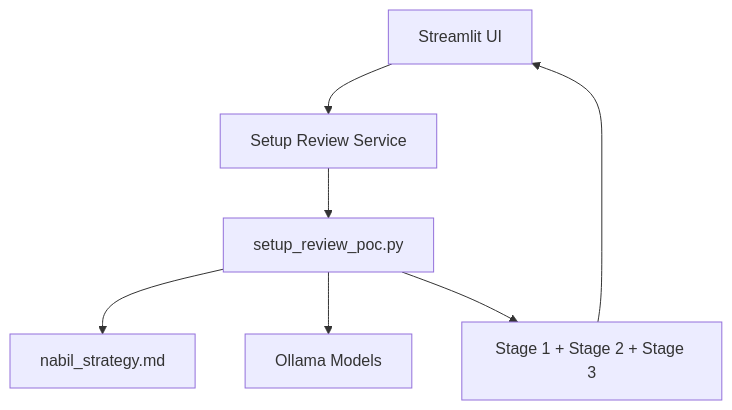
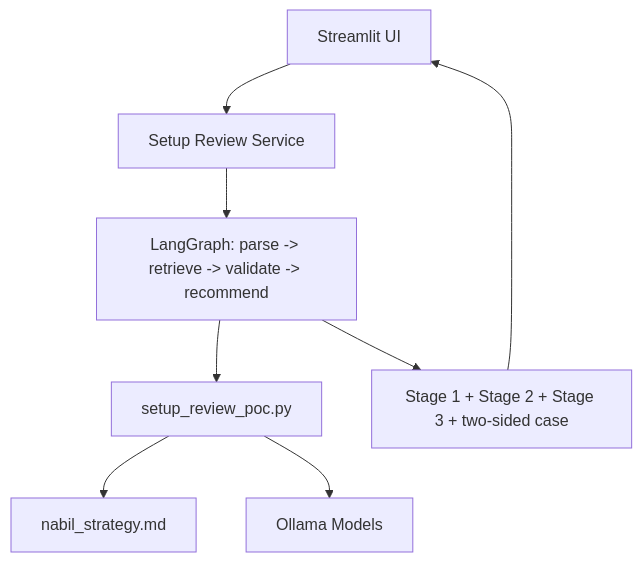
The diagram in docs/app_documentation.md (Walid-eng-cyber/confluence), drawn with Mermaid before and after one commit. The commit also changed other lines of this file and 6 other files, not shown here.

First line of the commit message:
Wrap Setup Review in a LangGraph graph and add the two-sided case

````diff
--- a/docs/app_documentation.md
+++ b/docs/app_documentation.md
@@ -38,9 +38,10 @@
 ```mermaid
 flowchart TD
     UI[Streamlit UI] --> SVC[Setup Review Service]
-    SVC --> POC[setup_review_poc.py]
+    SVC --> GRAPH[LangGraph: parse -> retrieve -> validate -> recommend]
+    GRAPH --> POC[setup_review_poc.py]
     POC --> STRAT[nabil_strategy.md]
     POC --> OLLAMA[Ollama Models]
-    POC --> OUT[Stage 1 + Stage 2 + Stage 3]
+    GRAPH --> OUT[Stage 1 + Stage 2 + Stage 3 + two-sided case]
     OUT --> UI
 ```
````
